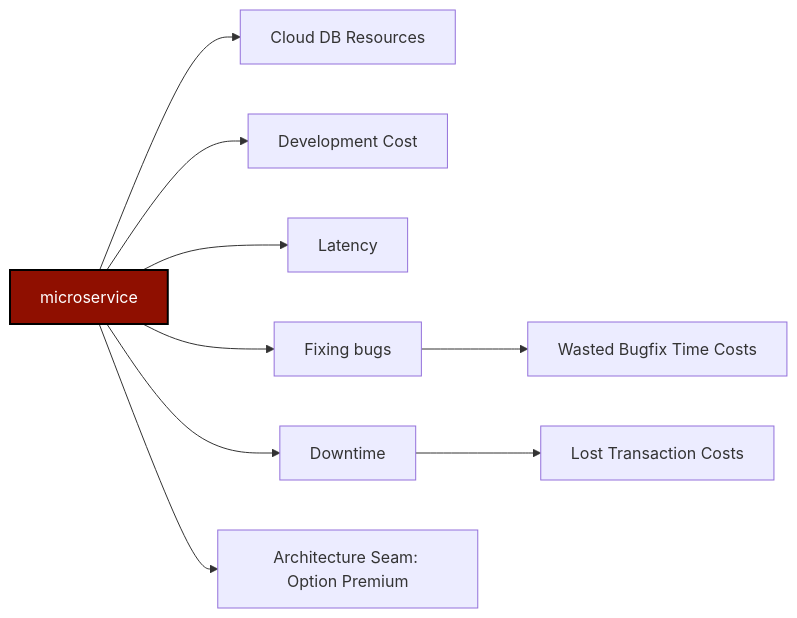
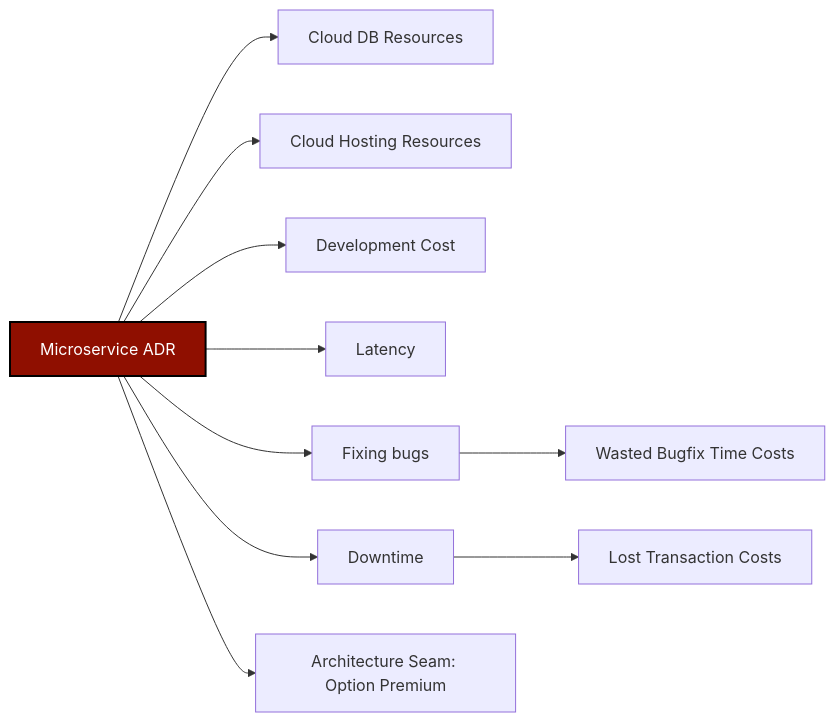
One commit to asengupta/avishek.net changed the second of 3 diagrams in _posts/2023-01-22-every-developer-is-an-economist.md. Above: the diagram before and after it, drawn with Mermaid. The commit also changed other lines of this file, not shown here.

Commit message:
Adding graphs for estimation under uncertainty

```diff
--- a/_posts/2023-01-22-every-developer-is-an-economist.md
+++ b/_posts/2023-01-22-every-developer-is-an-economist.md
@@ -167,11 +167,12 @@
 {% mermaid %}
 graph LR;
-microservice-->database[Cloud DB Resources];
+microservice[Microservice ADR]-->database[Cloud DB Resources];
+microservice-->hosting[Cloud Hosting Resources];
 microservice-->development_cost[Development Cost];
 microservice-->latency[Latency];
 microservice-->bugs[Fixing bugs]-->bugfix_time[Wasted Bugfix Time Costs];
 microservice-->downtime[Downtime]-->lost_transactions[Lost Transaction Costs];
 microservice-->microservice_option_premium[Architecture Seam: Option Premium];
 
 style microservice fill:#8f0f00,stroke:#000,stroke-width:2px,color:#fff
 {% endmermaid %}
```
